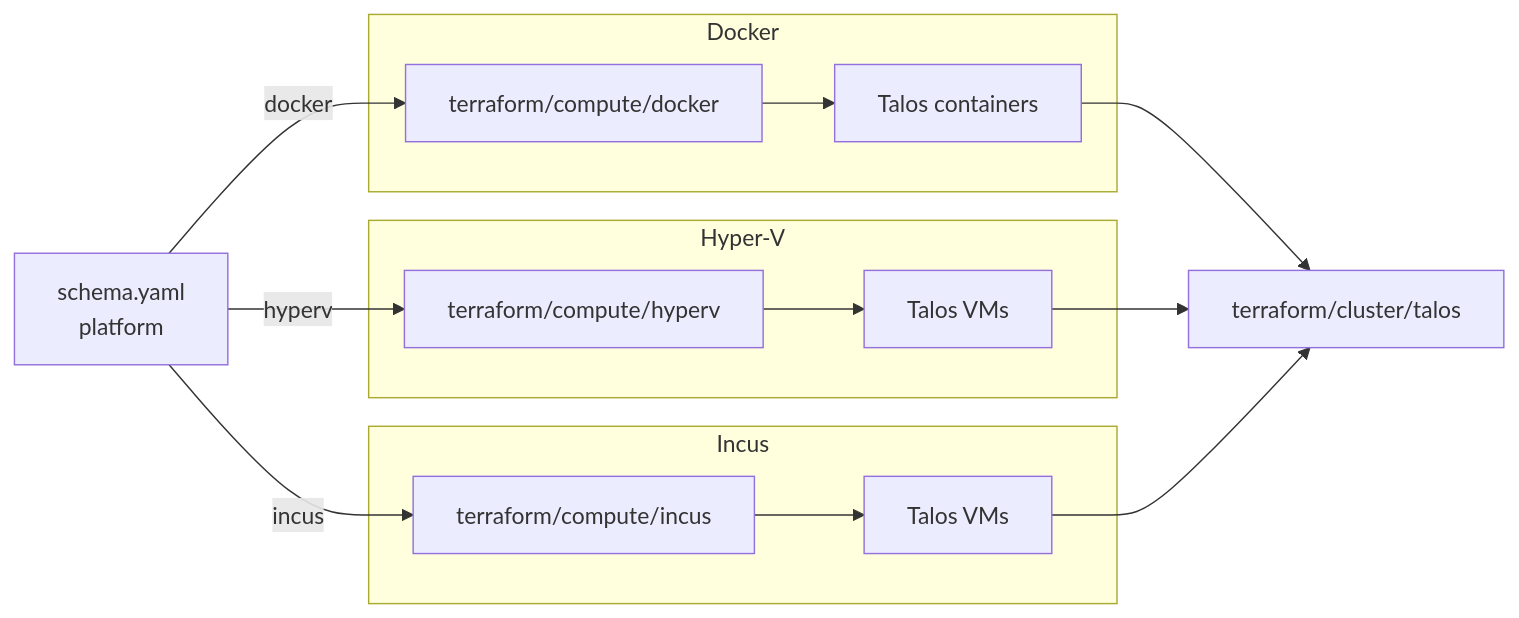
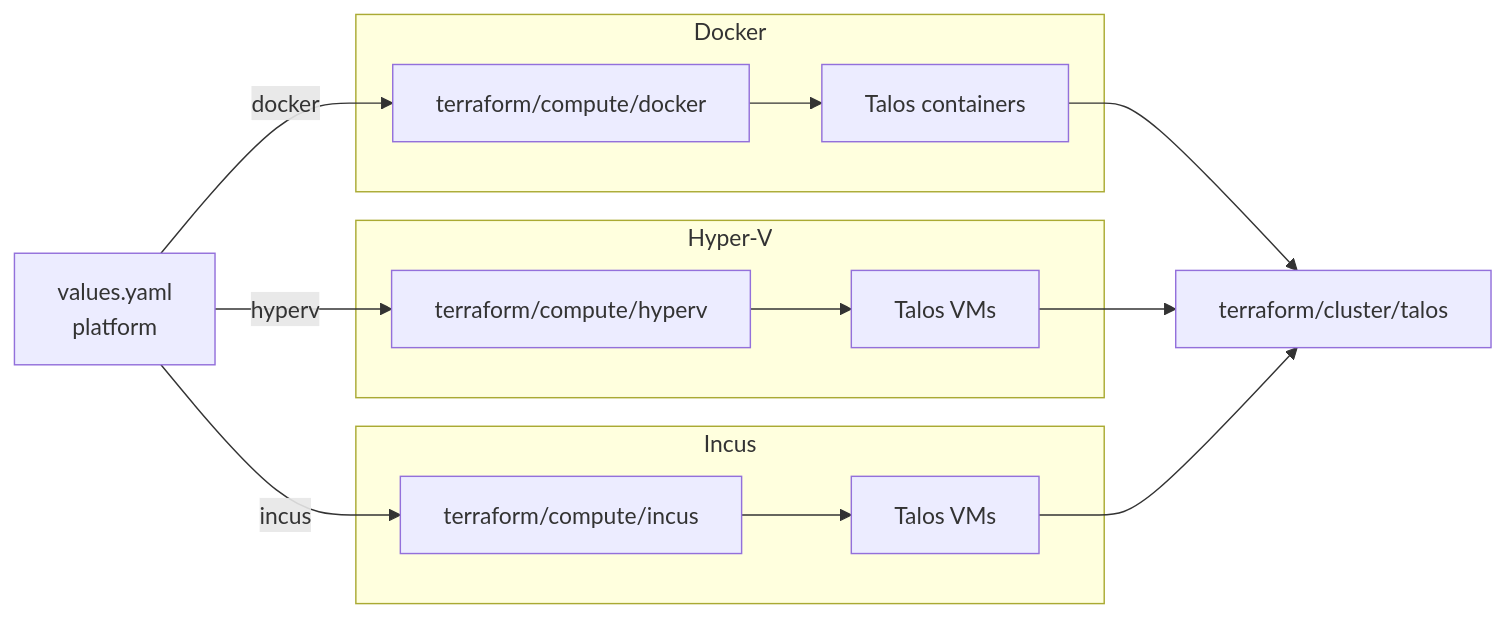
The diagram in terraform/compute/README.md (windsorcli/core), drawn with Mermaid before and after one commit. The commit also changed 7 other files, not shown here.

Commit message:
chore(docs): update README files to replace 'schema' with 'values' in flowcharts

````diff
--- a/terraform/compute/README.md
+++ b/terraform/compute/README.md
@@ -22,31 +22,31 @@
 ```mermaid
 flowchart LR
-  schema[schema.yaml<br/>platform]
+  values[values.yaml<br/>platform]
 
   subgraph dockerpath[Docker]
     tfDocker[terraform/compute/docker]
     dockerNodes[Talos containers]
   end
 
   subgraph hyperv[Hyper-V]
     tfHyperv[terraform/compute/hyperv]
     hvNodes[Talos VMs]
   end
 
   subgraph incus[Incus]
     tfIncus[terraform/compute/incus]
     incNodes[Talos VMs]
   end
 
   cluster[terraform/cluster/talos]
 
-  schema -->|docker| tfDocker
-  schema -->|hyperv| tfHyperv
-  schema -->|incus| tfIncus
+  values -->|docker| tfDocker
+  values -->|hyperv| tfHyperv
+  values -->|incus| tfIncus
   tfDocker --> dockerNodes
   tfHyperv --> hvNodes
   tfIncus --> incNodes
   dockerNodes --> cluster
   hvNodes --> cluster
   incNodes --> cluster
 ```
````
